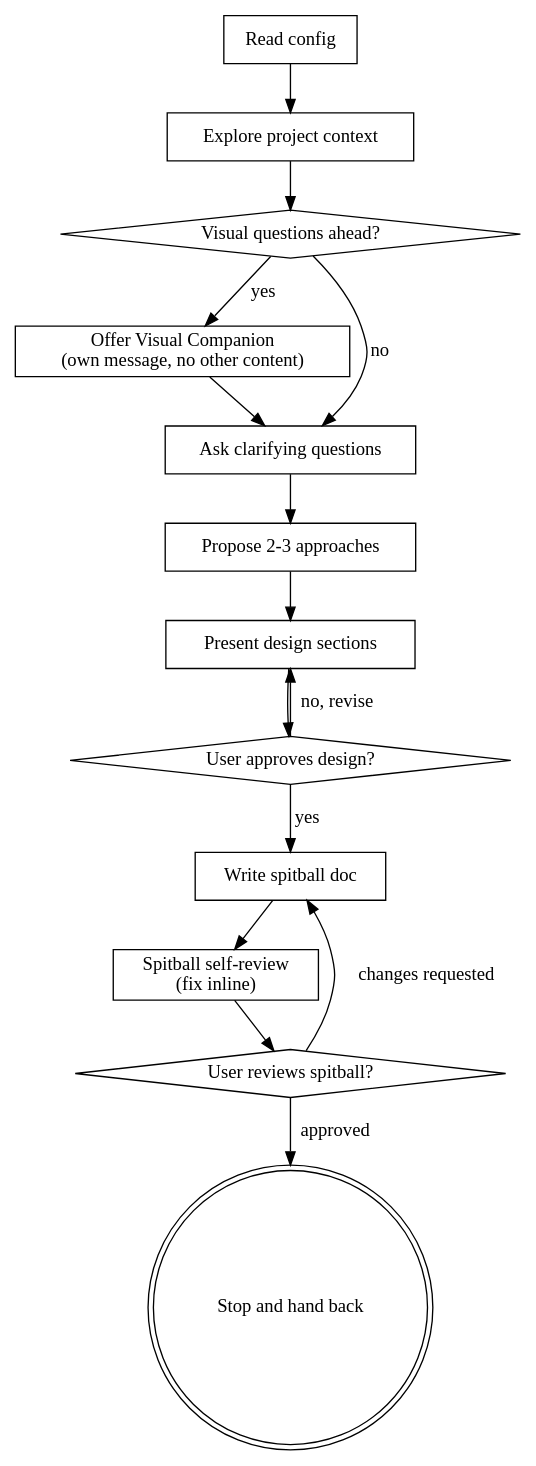
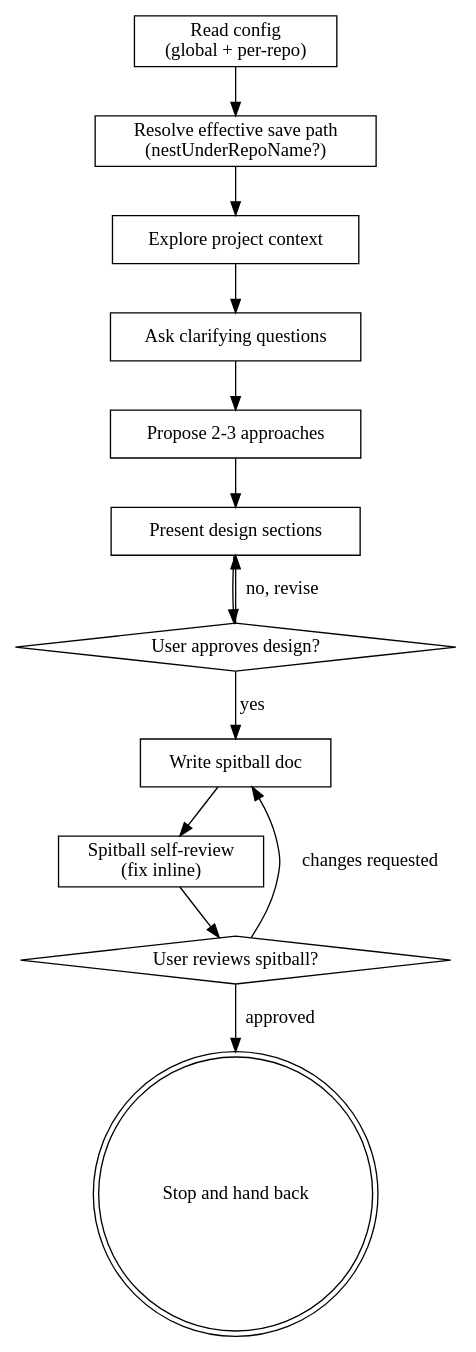
Before and after one commit to robmt/claude-tools: the diagram in plugins/spitball/skills/spitball/SKILL.md, drawn with Graphviz. The commit also changed other lines of this file and 17 other files, not shown here.

First line of the commit message:
Remove visual companion; add global+per-repo config with nestUnderRepoName

````diff
--- a/plugins/spitball/skills/spitball/SKILL.md
+++ b/plugins/spitball/skills/spitball/SKILL.md
@@ -37,31 +37,28 @@
 ```dot
 digraph spitball {
-    "Read config" [shape=box];
+    "Read config\n(global + per-repo)" [shape=box];
+    "Resolve effective save path\n(nestUnderRepoName?)" [shape=box];
     "Explore project context" [shape=box];
-    "Visual questions ahead?" [shape=diamond];
-    "Offer Visual Companion\n(own message, no other content)" [shape=box];
     "Ask clarifying questions" [shape=box];
     "Propose 2-3 approaches" [shape=box];
     "Present design sections" [shape=box];
     "User approves design?" [shape=diamond];
     "Write spitball doc" [shape=box];
     "Spitball self-review\n(fix inline)" [shape=box];
     "User reviews spitball?" [shape=diamond];
     "Stop and hand back" [shape=doublecircle];
 
-    "Read config" -> "Explore project context";
-    "Explore project context" -> "Visual questions ahead?";
-    "Visual questions ahead?" -> "Offer Visual Companion\n(own message, no other content)" [label="yes"];
-    "Visual questions ahead?" -> "Ask clarifying questions" [label="no"];
-    "Offer Visual Companion\n(own message, no other content)" -> "Ask clarifying questions";
+    "Read config\n(global + per-repo)" -> "Resolve effective save path\n(nestUnderRepoName?)";
+    "Resolve effective save path\n(nestUnderRepoName?)" -> "Explore project context";
+    "Explore project context" -> "Ask clarifying questions";
     "Ask clarifying questions" -> "Propose 2-3 approaches";
     "Propose 2-3 approaches" -> "Present design sections";
     "Present design sections" -> "User approves design?";
     "User approves design?" -> "Present design sections" [label="no, revise"];
     "User approves design?" -> "Write spitball doc" [label="yes"];
     "Write spitball doc" -> "Spitball self-review\n(fix inline)";
     "Spitball self-review\n(fix inline)" -> "User reviews spitball?";
     "User reviews spitball?" -> "Write spitball doc" [label="changes requested"];
     "User reviews spitball?" -> "Stop and hand back" [label="approved"];
 }
 ```
````
